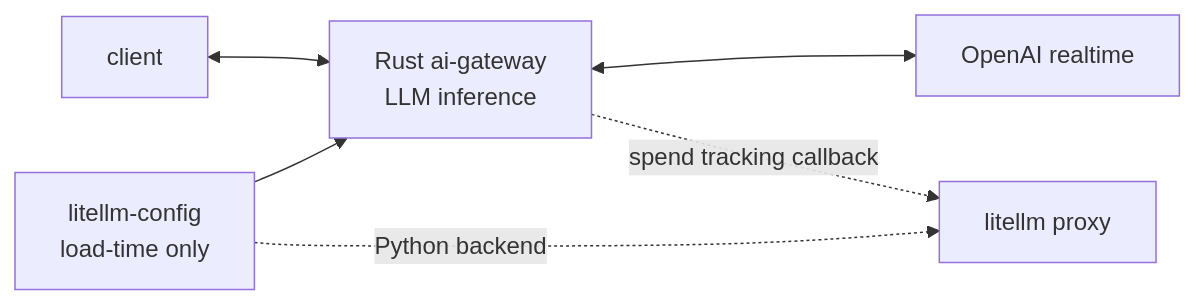
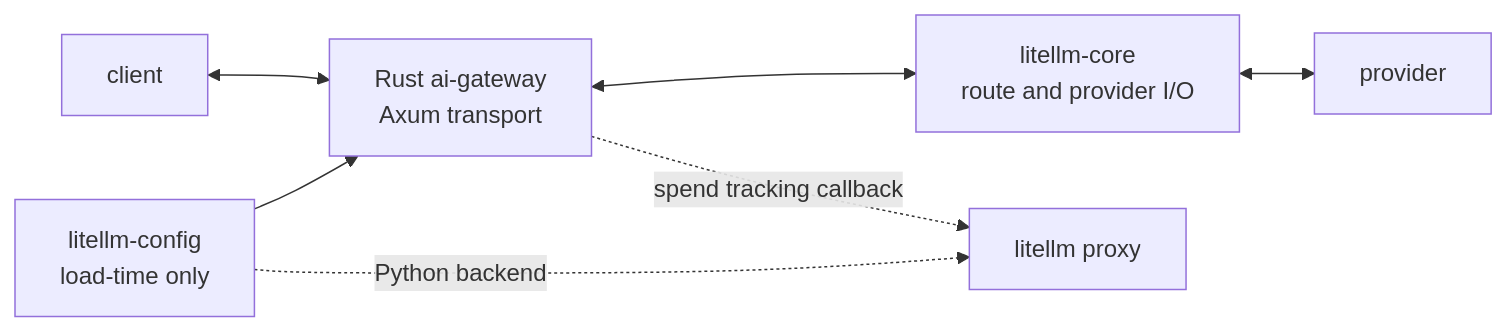
The diagram in litellm-rust/crates/ai-gateway/ARCHITECTURE.md (BerriAI/litellm), drawn with Mermaid before and after one commit. The commit also changed other lines of this file and 52 other files, not shown here.

````diff
--- a/litellm-rust/crates/ai-gateway/ARCHITECTURE.md
+++ b/litellm-rust/crates/ai-gateway/ARCHITECTURE.md
@@ -7,8 +16,9 @@
 ```mermaid
 flowchart LR
-  C[client] <--> G[Rust ai-gateway<br/>LLM inference]
-  G <--> O[OpenAI realtime]
+  C[client] <--> G[Rust ai-gateway<br/>Axum transport]
+  G <--> K[litellm-core<br/>route and provider I/O]
+  K <--> O[provider]
   G -. spend tracking callback .-> P[litellm proxy]
   F[litellm-config<br/>load-time only] --> G
   F -. Python backend .-> P
 ```
````
